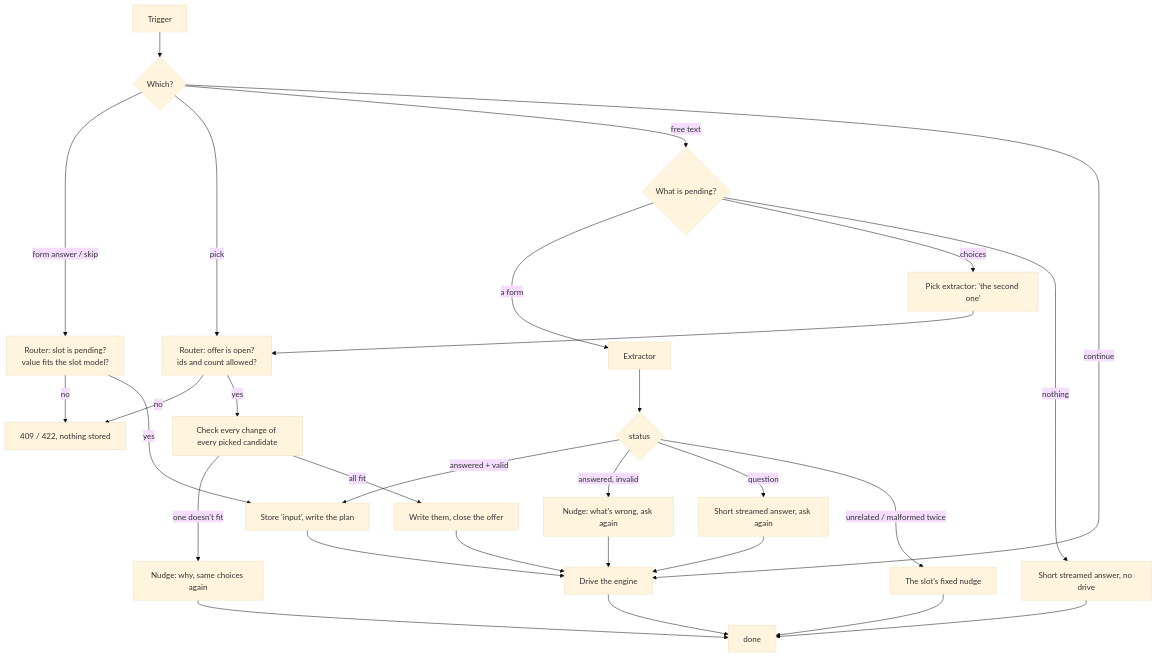
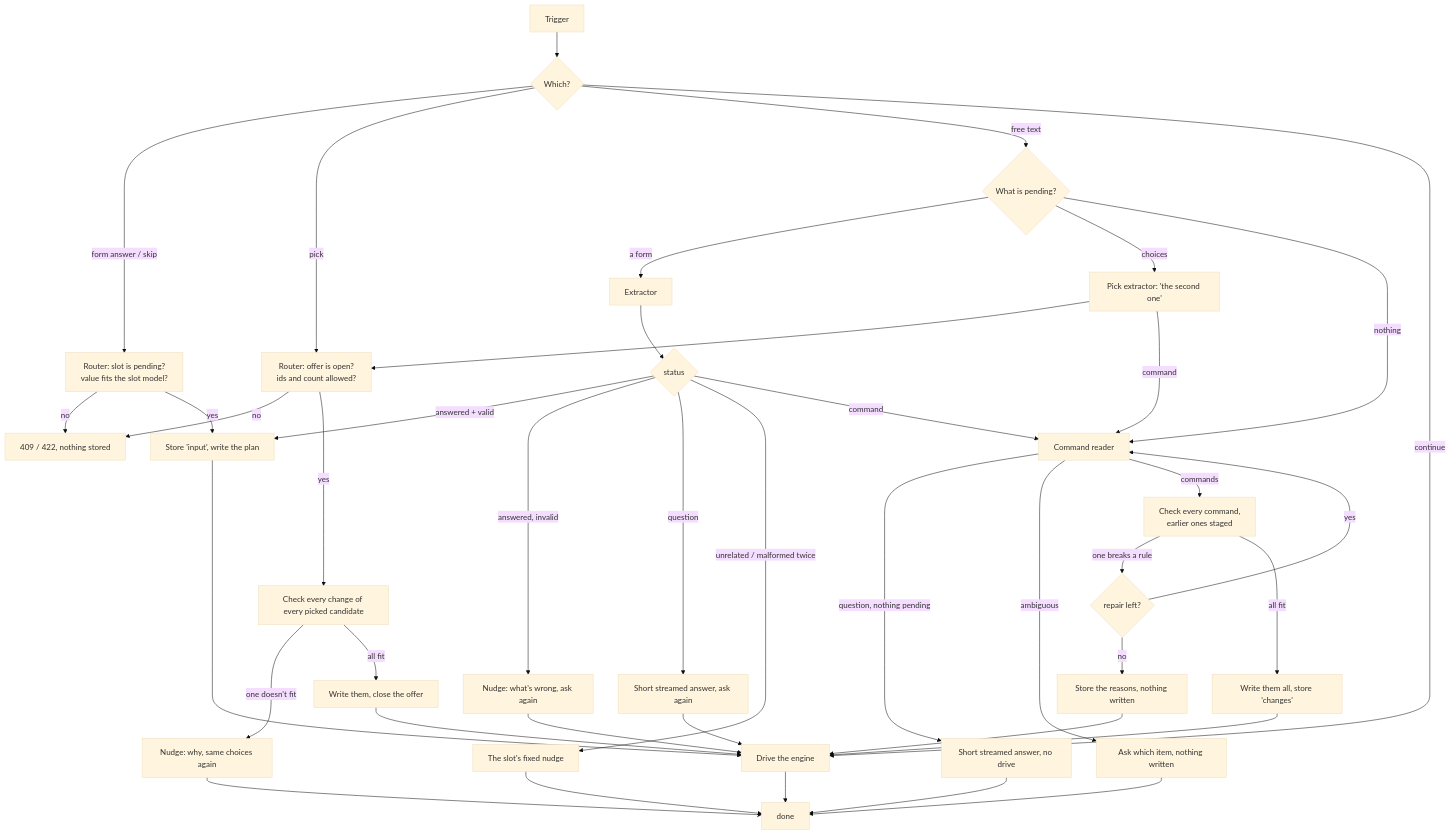
Before and after one commit to rpoconn/travel-planner: the second of 3 diagrams in Userflow.md, drawn with Mermaid (base theme). The commit also changed other lines of this file and 14 other files, not shown here.

````diff
--- a/Userflow.md
+++ b/Userflow.md
@@ -80,29 +86,41 @@
 ```mermaid
 flowchart TD
     A[Trigger] --> B{Which?}
     B -- form answer / skip --> C[Router: slot is pending?<br/>value fits the slot model?]
     C -- no --> X1[409 / 422, nothing stored]
     C -- yes --> D[Store 'input', write the plan]
     B -- pick --> P[Router: offer is open?<br/>ids and count allowed?]
     P -- no --> X1
     P -- yes --> Q[Check every change of every picked candidate]
     Q -- one doesn't fit --> N1[Nudge: why, same choices again]
     Q -- all fit --> W[Write them, close the offer]
     B -- free text --> F{What is pending?}
     F -- a form --> FX[Extractor] --> FS{status}
     FS -- answered + valid --> D
     FS -- answered, invalid --> N2[Nudge: what's wrong, ask again]
     FS -- question --> QA[Short streamed answer, ask again]
     FS -- unrelated / malformed twice --> N3[The slot's fixed nudge]
     F -- choices --> PX[Pick extractor: 'the second one'] --> P
-    F -- nothing --> QA2[Short streamed answer, no drive]
+    PX -- command --> CR
+    FS -- command --> CR[Command reader]
+    F -- nothing --> CR
+    CR -- question, nothing pending --> QA2[Short streamed answer, no drive]
+    CR -- ambiguous --> AW[Ask which item, nothing written]
+    CR -- commands --> CK[Check every command,<br/>earlier ones staged]
+    CK -- one breaks a rule --> CR2{repair left?}
+    CR2 -- yes --> CR
+    CR2 -- no --> CN[Store the reasons, nothing written]
+    CK -- all fit --> CW[Write them all, store 'changes']
     B -- continue --> DR
     D --> DR[Drive the engine]
     W --> DR
     N2 --> DR
     QA --> DR
+    CN --> DR
+    CW --> DR
     DR --> DONE[done]
+    AW --> DONE
     N3 --> DONE
     N1 --> DONE
     QA2 --> DONE
 ```
````
